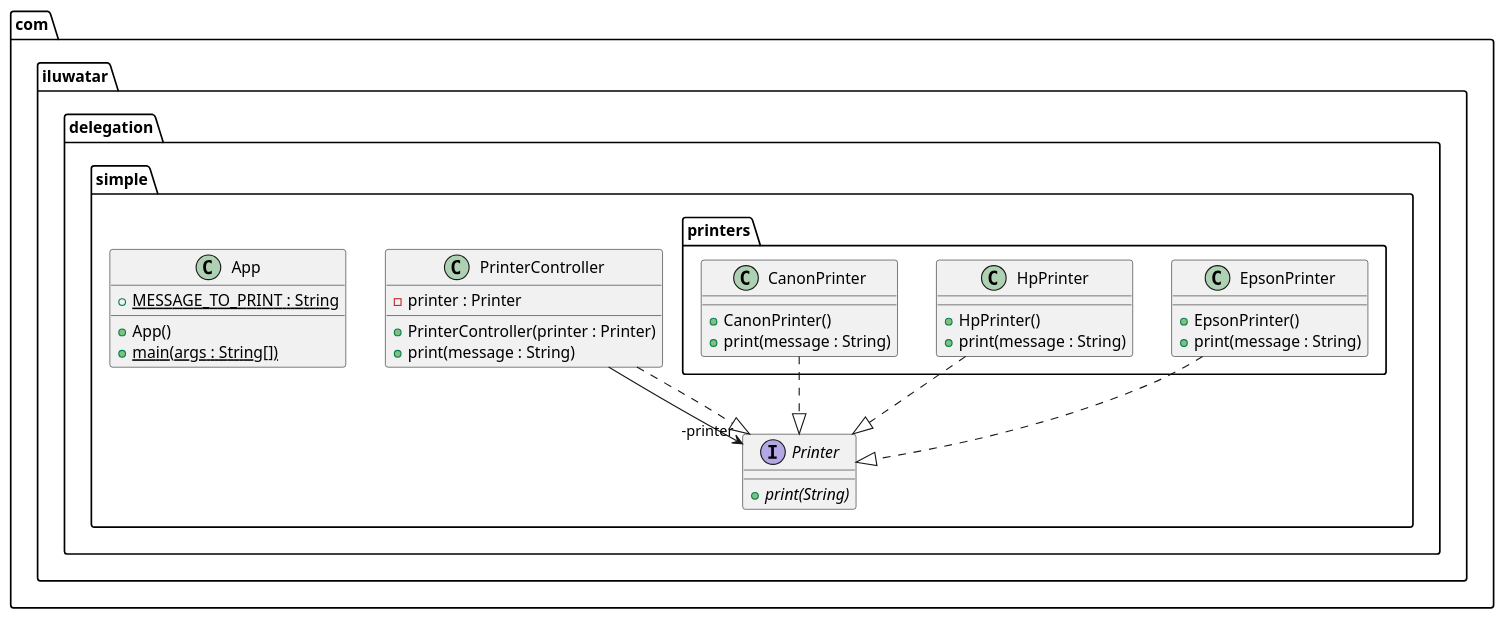
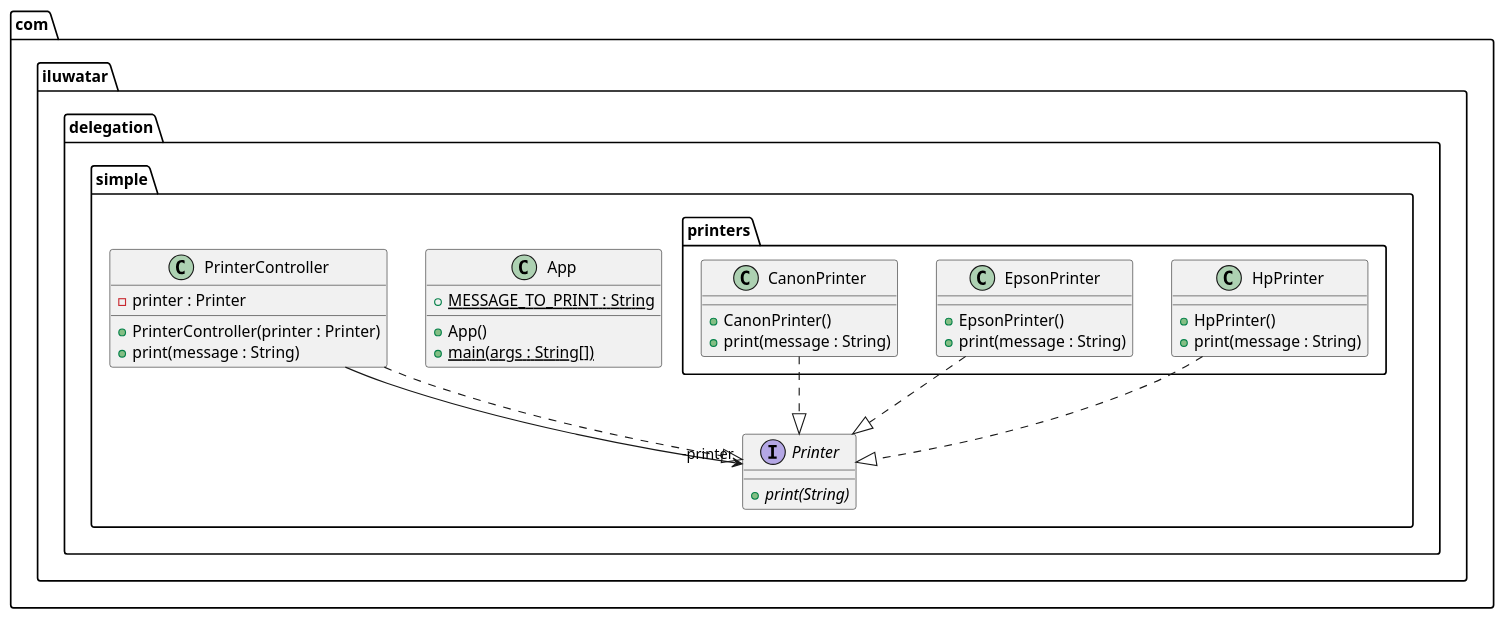
One commit to NatalieSty/java-design-patterns changed the diagram in delegation/etc/delegation.urm.puml. Above: the diagram before and after it, drawn with PlantUML. The commit also changed other lines of this file and 77 other files, not shown here.

Commit message:
UML generation: Mark the urm-maven-plugin execution to be ignored in Eclipse and recreate all .puml files

```diff
--- a/delegation/etc/delegation.urm.puml
+++ b/delegation/etc/delegation.urm.puml
@@ -1,36 +1,36 @@
 @startuml
 package com.iluwatar.delegation.simple.printers {
+  class HpPrinter {
+    + HpPrinter()
+    + print(message : String)
+  }
   class EpsonPrinter {
     + EpsonPrinter()
-    + print(message : String)
-  }
-  class HpPrinter {
-    + HpPrinter()
     + print(message : String)
   }
   class CanonPrinter {
     + CanonPrinter()
     + print(message : String)
   }
 }
 package com.iluwatar.delegation.simple {
+  class App {
+    + MESSAGE_TO_PRINT : String {static}
+    + App()
+    + main(args : String[]) {static}
+  }
   class PrinterController {
     - printer : Printer
     + PrinterController(printer : Printer)
     + print(message : String)
   }
   interface Printer {
     + print(String) {abstract}
   }
-  class App {
-    + MESSAGE_TO_PRINT : String {static}
-    + App()
-    + main(args : String[]) {static}
-  }
 }
 PrinterController -->  "-printer" Printer
+HpPrinter ..|> Printer 
 PrinterController ..|> Printer 
 EpsonPrinter ..|> Printer 
-HpPrinter ..|> Printer 
 CanonPrinter ..|> Printer 
 @enduml
```
